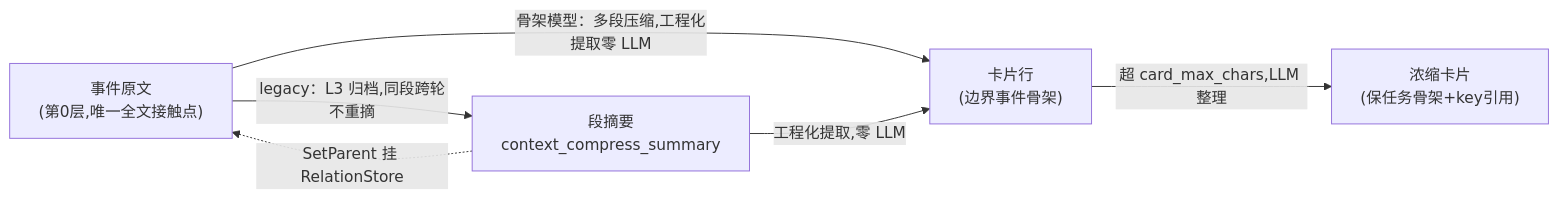
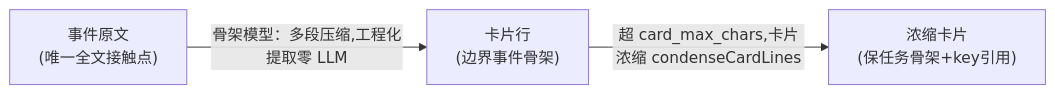
Before and after one commit to SpellingDragon/tagent: the sixth of 10 diagrams in docs/wiki/memory/memory-architecture.md, drawn with Mermaid. The commit also changed other lines of this file and 59 other files, not shown here.

````diff
--- a/docs/wiki/memory/memory-architecture.md
+++ b/docs/wiki/memory/memory-architecture.md
@@ -919,8 +919,5 @@
 ```mermaid
 graph LR
-    A["事件原文<br/>(第0层,唯一全文接触点)"] -->|"骨架模型：多段压缩,工程化提取零 LLM"| C["卡片行<br/>(边界事件骨架)"]
-    A -->|"legacy：L3 归档,同段跨轮不重摘"| B["段摘要<br/>context_compress_summary"]
-    B -->|工程化提取,零 LLM| C
-    C -->|"超 card_max_chars,LLM 整理"| D["浓缩卡片<br/>(保任务骨架+key引用)"]
-    B -.SetParent 挂 RelationStore.-> A
+    A["事件原文<br/>(唯一全文接触点)"] -->|"骨架模型：多段压缩,工程化提取零 LLM"| C["卡片行<br/>(边界事件骨架)"]
+    C -->|"超 card_max_chars,卡片浓缩 condenseCardLines"| D["浓缩卡片<br/>(保任务骨架+key引用)"]
 ```
````
